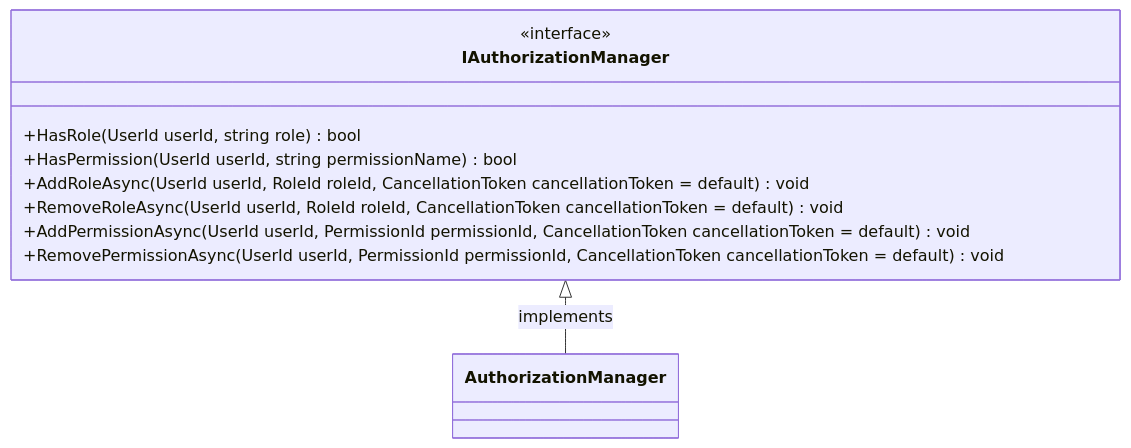
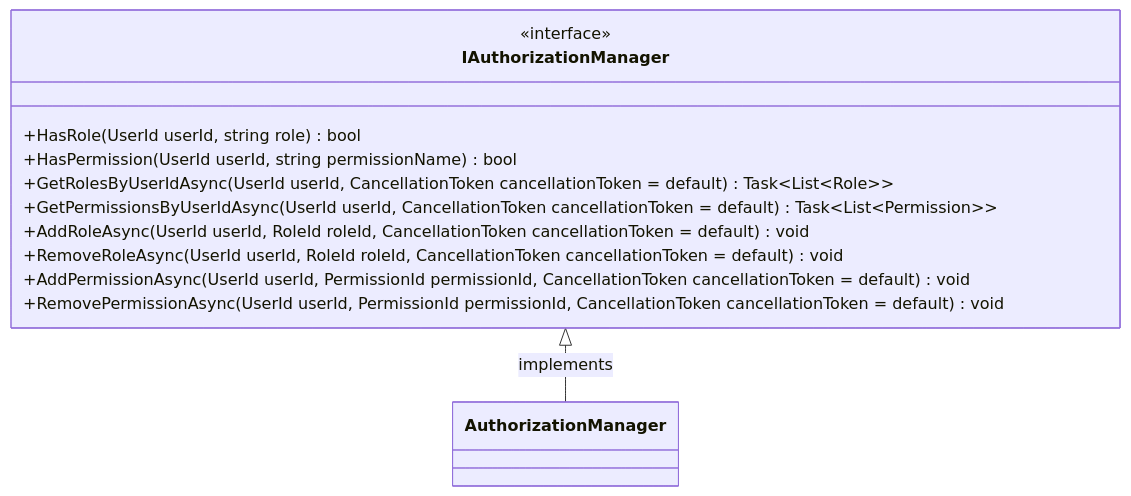
The sixth of 8 diagrams in backend/source/Domain/Identity.md (snicoper/agenda-manager-docs), drawn with Mermaid before and after one commit. The commit also changed other lines of this file, not shown here.

````diff
--- a/backend/source/Domain/Identity.md
+++ b/backend/source/Domain/Identity.md
@@ -125,14 +140,16 @@
 ```mermaid
 classDiagram
     class IAuthorizationManager {
         <<interface>>
         +HasRole(UserId userId, string role) bool
         +HasPermission(UserId userId, string permissionName) bool
+        +GetRolesByUserIdAsync(UserId userId, CancellationToken cancellationToken = default) Task~List~Role~~
+        +GetPermissionsByUserIdAsync(UserId userId, CancellationToken cancellationToken = default) Task~List~Permission~~
         +AddRoleAsync(UserId userId, RoleId roleId, CancellationToken cancellationToken = default) void
         +RemoveRoleAsync(UserId userId, RoleId roleId, CancellationToken cancellationToken = default) void
         +AddPermissionAsync(UserId userId, PermissionId permissionId, CancellationToken cancellationToken = default) void
         +RemovePermissionAsync(UserId userId, PermissionId permissionId, CancellationToken cancellationToken = default) void
     }
 
     IAuthorizationManager <|-- AuthorizationManager : implements
 ```
````
